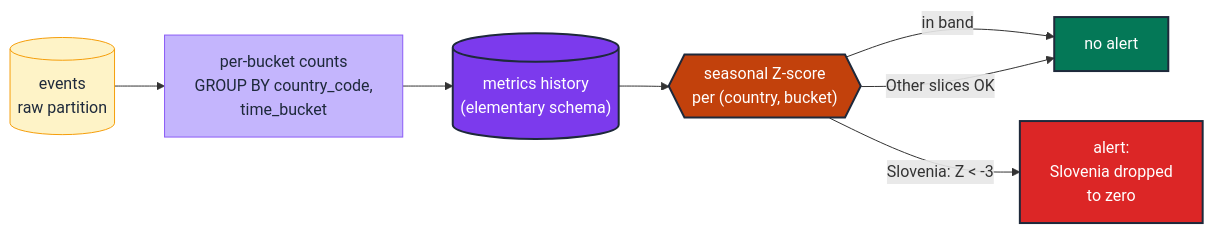
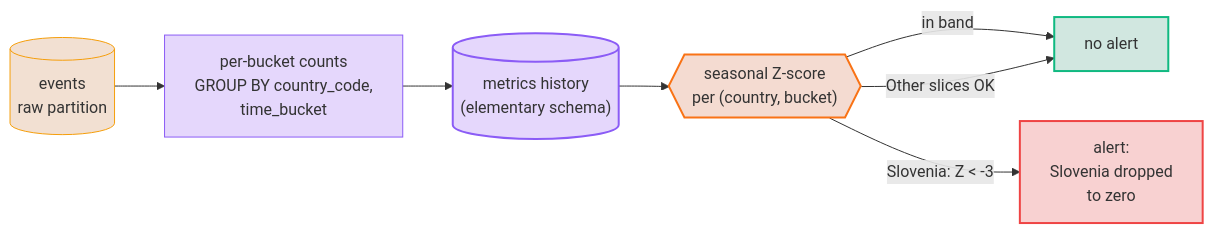
Before and after one commit to neozenith/dbt-gcp-jaffleshop: the diagram in docs/guides/testing_taxonomy/dimension/DM-05-dimension-anomalies.md, drawn with Mermaid. The commit also changed 36 other files, not shown here.

First line of the commit message:
docs(taxonomy): rework guide entry-point + WCAG-AAA dual-theme mermaid palette (#19)

````diff
--- a/docs/guides/testing_taxonomy/dimension/DM-05-dimension-anomalies.md
+++ b/docs/guides/testing_taxonomy/dimension/DM-05-dimension-anomalies.md
@@ -94,19 +94,19 @@
 ```mermaid
 flowchart LR
     events[("events<br/>raw partition")]:::source --> bucket["per-bucket counts<br/>GROUP BY country_code,<br/>time_bucket"]:::dimSecondary
 
     bucket --> hist[("metrics history<br/>(elementary schema)")]:::dimPrimary
 
     hist --> z{{"seasonal Z-score<br/>per (country, bucket)"}}:::gate
 
     z -- "in band" --> ok["no alert"]:::ok
     z -- "Slovenia: Z < -3" --> alert["alert:<br/>Slovenia dropped<br/>to zero"]:::fail
     z -- "Other slices OK" --> ok
 
-    classDef source       fill:#fef3c7,stroke:#f59e0b,color:#1e293b,stroke-width:1px
-    classDef dimPrimary   fill:#7c3aed,stroke:#1e293b,color:#fff,stroke-width:2px
-    classDef dimSecondary fill:#c4b5fd,stroke:#8b5cf6,color:#1e293b,stroke-width:1px
-    classDef gate         fill:#c2410c,stroke:#1e293b,color:#fff,stroke-width:2px
-    classDef ok           fill:#047857,stroke:#1e293b,color:#fff,stroke-width:2px
-    classDef fail         fill:#dc2626,stroke:#1e293b,color:#fff,stroke-width:2px
+    classDef source fill:#b453092e,stroke:#f59e0b,stroke-width:1px
+    classDef dimPrimary fill:#7c3aed33,stroke:#8b5cf6,stroke-width:2px
+    classDef dimSecondary fill:#7c3aed33,stroke:#8b5cf6,stroke-width:1px
+    classDef gate fill:#c2410c30,stroke:#f97316,stroke-width:2px
+    classDef ok fill:#0478572e,stroke:#10b981,stroke-width:2px
+    classDef fail fill:#dc262636,stroke:#ef4444,stroke-width:2px
 ```
````
